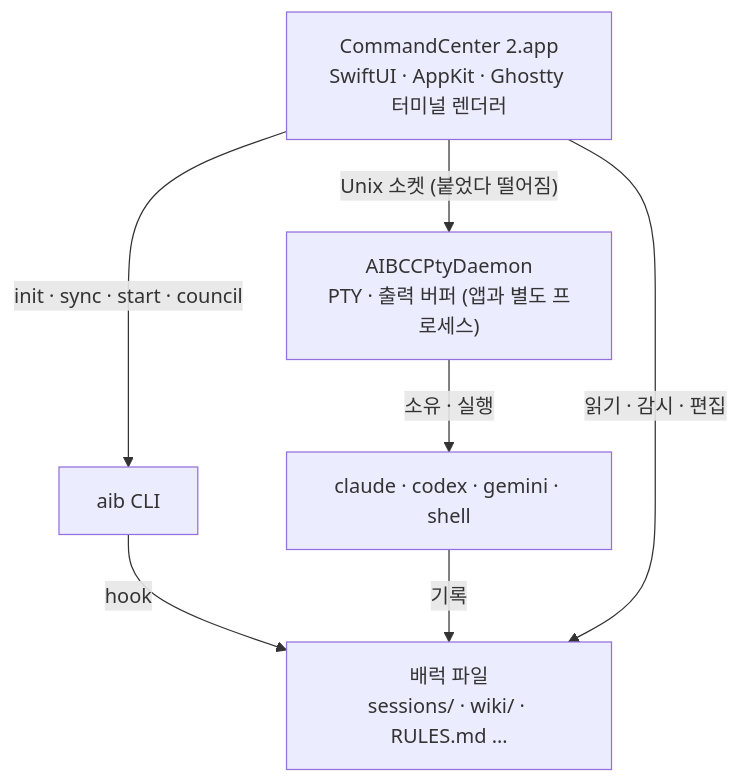
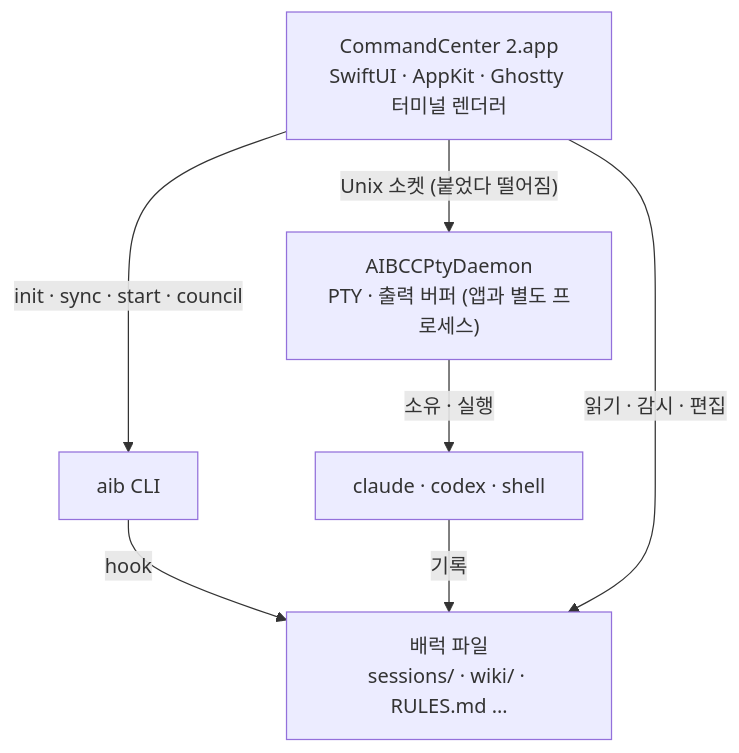
One commit to ai-barracks/ai-barracks-cc changed the second of 2 diagrams in README.md. Above: the diagram before and after it, drawn with Mermaid. The commit also changed other lines of this file and 34 other files, not shown here.

````diff
--- a/README.md
+++ b/README.md
@@ -212,14 +212,14 @@
 ```mermaid
 flowchart TB
     App["CommandCenter 2.app<br/>SwiftUI · AppKit · Ghostty 터미널 렌더러"]
     Daemon["AIBCCPtyDaemon<br/>PTY · 출력 버퍼 (앱과 별도 프로세스)"]
     AIB["aib CLI"]
     Files["배럭 파일<br/>sessions/ · wiki/ · RULES.md …"]
-    Agents["claude · codex · gemini · shell"]
+    Agents["claude · codex · shell"]
     App -- "Unix 소켓 (붙었다 떨어짐)" --> Daemon
     Daemon -- "소유 · 실행" --> Agents
     App -- "init · sync · start · council" --> AIB
     AIB -- "hook" --> Files
     Agents -- "기록" --> Files
     App -- "읽기 · 감시 · 편집" --> Files
 ```
````
